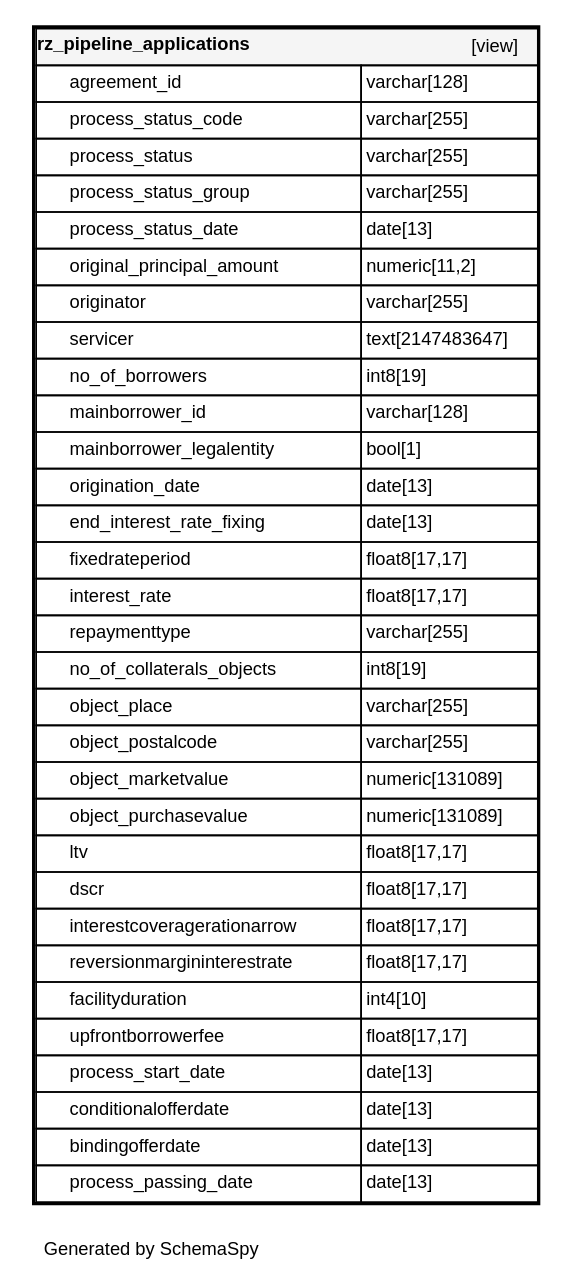
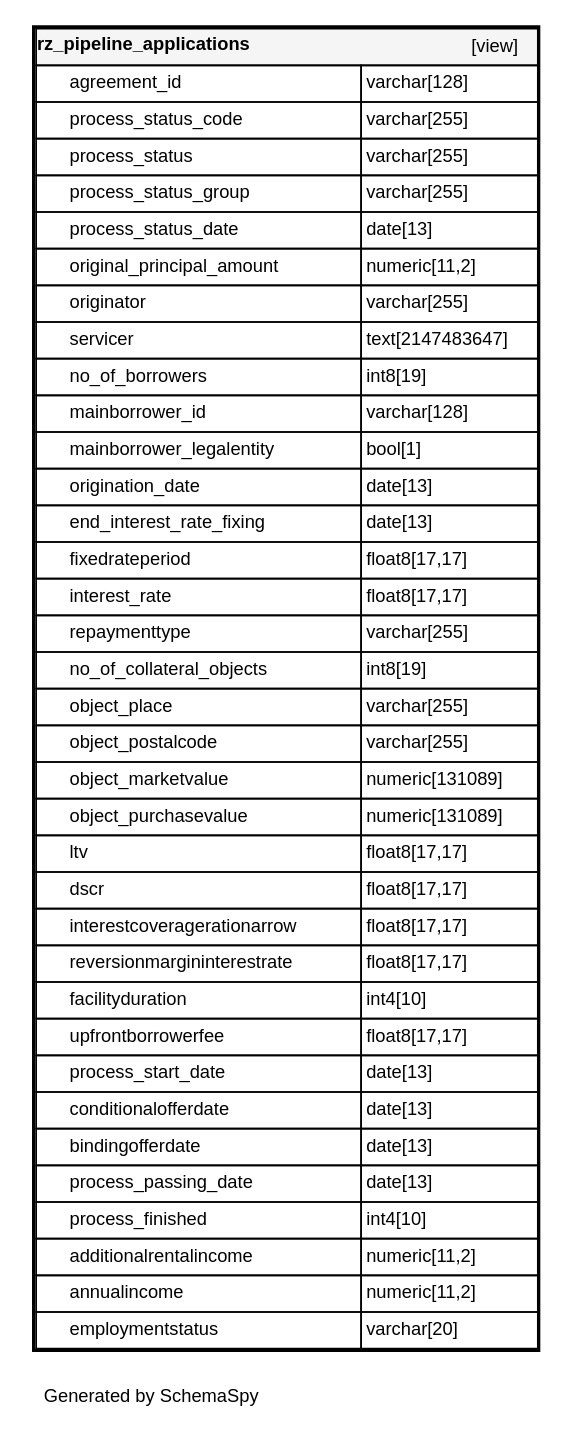
The diagram in db_standardzone_version01/diagrams/tables/rz_pipeline_applications.1degree.dot (fyndoo/fyndoo.github.io), drawn with Graphviz before and after one commit. The commit also changed 138 other files, not shown here.

```diff
--- a/db_standardzone_version01/diagrams/tables/rz_pipeline_applications.1degree.dot
+++ b/db_standardzone_version01/diagrams/tables/rz_pipeline_applications.1degree.dot
@@ -1,61 +1,65 @@
 digraph "oneDegreeRelationshipsDiagram" {
   graph [
     rankdir="RL"
     bgcolor="#ffffff"
     label="\nGenerated by SchemaSpy"
     labeljust="l"
     nodesep="0.18"
     ranksep="0.46"
     fontname="Helvetica"
     fontsize="11"
     ration="compress"
   ];
   node [
     fontname="Helvetica"
     fontsize="11"
     shape="plaintext"
   ];
   edge [
     arrowsize="0.8"
   ];
   "rz_pipeline_applications" [
    label=<
     <TABLE BORDER="2" CELLBORDER="1" CELLSPACING="0" BGCOLOR="#ffffff">
       <TR><TD COLSPAN="4"  BGCOLOR="#f5f5f5"><TABLE BORDER="0" CELLSPACING="0"><TR><TD ALIGN="LEFT" FIXEDSIZE="TRUE" WIDTH="142" HEIGHT="16"><B>rz_pipeline_applications</B></TD><TD ALIGN="RIGHT">[view]</TD></TR></TABLE></TD></TR>
       <TR><TD PORT="agreement_id" COLSPAN="2" ALIGN="LEFT"><TABLE BORDER="0" CELLSPACING="0" ALIGN="LEFT"><TR ALIGN="LEFT"><TD ALIGN="LEFT" FIXEDSIZE="TRUE" WIDTH="15" HEIGHT="16"></TD><TD ALIGN="LEFT" FIXEDSIZE="TRUE" WIDTH="174" HEIGHT="16">agreement_id</TD></TR></TABLE></TD><TD PORT="agreement_id.type" ALIGN="LEFT">varchar[128]</TD></TR>
       <TR><TD PORT="process_status_code" COLSPAN="2" ALIGN="LEFT"><TABLE BORDER="0" CELLSPACING="0" ALIGN="LEFT"><TR ALIGN="LEFT"><TD ALIGN="LEFT" FIXEDSIZE="TRUE" WIDTH="15" HEIGHT="16"></TD><TD ALIGN="LEFT" FIXEDSIZE="TRUE" WIDTH="174" HEIGHT="16">process_status_code</TD></TR></TABLE></TD><TD PORT="process_status_code.type" ALIGN="LEFT">varchar[255]</TD></TR>
       <TR><TD PORT="process_status" COLSPAN="2" ALIGN="LEFT"><TABLE BORDER="0" CELLSPACING="0" ALIGN="LEFT"><TR ALIGN="LEFT"><TD ALIGN="LEFT" FIXEDSIZE="TRUE" WIDTH="15" HEIGHT="16"></TD><TD ALIGN="LEFT" FIXEDSIZE="TRUE" WIDTH="174" HEIGHT="16">process_status</TD></TR></TABLE></TD><TD PORT="process_status.type" ALIGN="LEFT">varchar[255]</TD></TR>
       <TR><TD PORT="process_status_group" COLSPAN="2" ALIGN="LEFT"><TABLE BORDER="0" CELLSPACING="0" ALIGN="LEFT"><TR ALIGN="LEFT"><TD ALIGN="LEFT" FIXEDSIZE="TRUE" WIDTH="15" HEIGHT="16"></TD><TD ALIGN="LEFT" FIXEDSIZE="TRUE" WIDTH="174" HEIGHT="16">process_status_group</TD></TR></TABLE></TD><TD PORT="process_status_group.type" ALIGN="LEFT">varchar[255]</TD></TR>
       <TR><TD PORT="process_status_date" COLSPAN="2" ALIGN="LEFT"><TABLE BORDER="0" CELLSPACING="0" ALIGN="LEFT"><TR ALIGN="LEFT"><TD ALIGN="LEFT" FIXEDSIZE="TRUE" WIDTH="15" HEIGHT="16"></TD><TD ALIGN="LEFT" FIXEDSIZE="TRUE" WIDTH="174" HEIGHT="16">process_status_date</TD></TR></TABLE></TD><TD PORT="process_status_date.type" ALIGN="LEFT">date[13]</TD></TR>
       <TR><TD PORT="original_principal_amount" COLSPAN="2" ALIGN="LEFT"><TABLE BORDER="0" CELLSPACING="0" ALIGN="LEFT"><TR ALIGN="LEFT"><TD ALIGN="LEFT" FIXEDSIZE="TRUE" WIDTH="15" HEIGHT="16"></TD><TD ALIGN="LEFT" FIXEDSIZE="TRUE" WIDTH="174" HEIGHT="16">original_principal_amount</TD></TR></TABLE></TD><TD PORT="original_principal_amount.type" ALIGN="LEFT">numeric[11,2]</TD></TR>
       <TR><TD PORT="originator" COLSPAN="2" ALIGN="LEFT"><TABLE BORDER="0" CELLSPACING="0" ALIGN="LEFT"><TR ALIGN="LEFT"><TD ALIGN="LEFT" FIXEDSIZE="TRUE" WIDTH="15" HEIGHT="16"></TD><TD ALIGN="LEFT" FIXEDSIZE="TRUE" WIDTH="174" HEIGHT="16">originator</TD></TR></TABLE></TD><TD PORT="originator.type" ALIGN="LEFT">varchar[255]</TD></TR>
       <TR><TD PORT="servicer" COLSPAN="2" ALIGN="LEFT"><TABLE BORDER="0" CELLSPACING="0" ALIGN="LEFT"><TR ALIGN="LEFT"><TD ALIGN="LEFT" FIXEDSIZE="TRUE" WIDTH="15" HEIGHT="16"></TD><TD ALIGN="LEFT" FIXEDSIZE="TRUE" WIDTH="174" HEIGHT="16">servicer</TD></TR></TABLE></TD><TD PORT="servicer.type" ALIGN="LEFT">text[2147483647]</TD></TR>
       <TR><TD PORT="no_of_borrowers" COLSPAN="2" ALIGN="LEFT"><TABLE BORDER="0" CELLSPACING="0" ALIGN="LEFT"><TR ALIGN="LEFT"><TD ALIGN="LEFT" FIXEDSIZE="TRUE" WIDTH="15" HEIGHT="16"></TD><TD ALIGN="LEFT" FIXEDSIZE="TRUE" WIDTH="174" HEIGHT="16">no_of_borrowers</TD></TR></TABLE></TD><TD PORT="no_of_borrowers.type" ALIGN="LEFT">int8[19]</TD></TR>
       <TR><TD PORT="mainborrower_id" COLSPAN="2" ALIGN="LEFT"><TABLE BORDER="0" CELLSPACING="0" ALIGN="LEFT"><TR ALIGN="LEFT"><TD ALIGN="LEFT" FIXEDSIZE="TRUE" WIDTH="15" HEIGHT="16"></TD><TD ALIGN="LEFT" FIXEDSIZE="TRUE" WIDTH="174" HEIGHT="16">mainborrower_id</TD></TR></TABLE></TD><TD PORT="mainborrower_id.type" ALIGN="LEFT">varchar[128]</TD></TR>
       <TR><TD PORT="mainborrower_legalentity" COLSPAN="2" ALIGN="LEFT"><TABLE BORDER="0" CELLSPACING="0" ALIGN="LEFT"><TR ALIGN="LEFT"><TD ALIGN="LEFT" FIXEDSIZE="TRUE" WIDTH="15" HEIGHT="16"></TD><TD ALIGN="LEFT" FIXEDSIZE="TRUE" WIDTH="174" HEIGHT="16">mainborrower_legalentity</TD></TR></TABLE></TD><TD PORT="mainborrower_legalentity.type" ALIGN="LEFT">bool[1]</TD></TR>
       <TR><TD PORT="origination_date" COLSPAN="2" ALIGN="LEFT"><TABLE BORDER="0" CELLSPACING="0" ALIGN="LEFT"><TR ALIGN="LEFT"><TD ALIGN="LEFT" FIXEDSIZE="TRUE" WIDTH="15" HEIGHT="16"></TD><TD ALIGN="LEFT" FIXEDSIZE="TRUE" WIDTH="174" HEIGHT="16">origination_date</TD></TR></TABLE></TD><TD PORT="origination_date.type" ALIGN="LEFT">date[13]</TD></TR>
       <TR><TD PORT="end_interest_rate_fixing" COLSPAN="2" ALIGN="LEFT"><TABLE BORDER="0" CELLSPACING="0" ALIGN="LEFT"><TR ALIGN="LEFT"><TD ALIGN="LEFT" FIXEDSIZE="TRUE" WIDTH="15" HEIGHT="16"></TD><TD ALIGN="LEFT" FIXEDSIZE="TRUE" WIDTH="174" HEIGHT="16">end_interest_rate_fixing</TD></TR></TABLE></TD><TD PORT="end_interest_rate_fixing.type" ALIGN="LEFT">date[13]</TD></TR>
       <TR><TD PORT="fixedrateperiod" COLSPAN="2" ALIGN="LEFT"><TABLE BORDER="0" CELLSPACING="0" ALIGN="LEFT"><TR ALIGN="LEFT"><TD ALIGN="LEFT" FIXEDSIZE="TRUE" WIDTH="15" HEIGHT="16"></TD><TD ALIGN="LEFT" FIXEDSIZE="TRUE" WIDTH="174" HEIGHT="16">fixedrateperiod</TD></TR></TABLE></TD><TD PORT="fixedrateperiod.type" ALIGN="LEFT">float8[17,17]</TD></TR>
       <TR><TD PORT="interest_rate" COLSPAN="2" ALIGN="LEFT"><TABLE BORDER="0" CELLSPACING="0" ALIGN="LEFT"><TR ALIGN="LEFT"><TD ALIGN="LEFT" FIXEDSIZE="TRUE" WIDTH="15" HEIGHT="16"></TD><TD ALIGN="LEFT" FIXEDSIZE="TRUE" WIDTH="174" HEIGHT="16">interest_rate</TD></TR></TABLE></TD><TD PORT="interest_rate.type" ALIGN="LEFT">float8[17,17]</TD></TR>
       <TR><TD PORT="repaymenttype" COLSPAN="2" ALIGN="LEFT"><TABLE BORDER="0" CELLSPACING="0" ALIGN="LEFT"><TR ALIGN="LEFT"><TD ALIGN="LEFT" FIXEDSIZE="TRUE" WIDTH="15" HEIGHT="16"></TD><TD ALIGN="LEFT" FIXEDSIZE="TRUE" WIDTH="174" HEIGHT="16">repaymenttype</TD></TR></TABLE></TD><TD PORT="repaymenttype.type" ALIGN="LEFT">varchar[255]</TD></TR>
-      <TR><TD PORT="no_of_collaterals_objects" COLSPAN="2" ALIGN="LEFT"><TABLE BORDER="0" CELLSPACING="0" ALIGN="LEFT"><TR ALIGN="LEFT"><TD ALIGN="LEFT" FIXEDSIZE="TRUE" WIDTH="15" HEIGHT="16"></TD><TD ALIGN="LEFT" FIXEDSIZE="TRUE" WIDTH="174" HEIGHT="16">no_of_collaterals_objects</TD></TR></TABLE></TD><TD PORT="no_of_collaterals_objects.type" ALIGN="LEFT">int8[19]</TD></TR>
+      <TR><TD PORT="no_of_collateral_objects" COLSPAN="2" ALIGN="LEFT"><TABLE BORDER="0" CELLSPACING="0" ALIGN="LEFT"><TR ALIGN="LEFT"><TD ALIGN="LEFT" FIXEDSIZE="TRUE" WIDTH="15" HEIGHT="16"></TD><TD ALIGN="LEFT" FIXEDSIZE="TRUE" WIDTH="174" HEIGHT="16">no_of_collateral_objects</TD></TR></TABLE></TD><TD PORT="no_of_collateral_objects.type" ALIGN="LEFT">int8[19]</TD></TR>
       <TR><TD PORT="object_place" COLSPAN="2" ALIGN="LEFT"><TABLE BORDER="0" CELLSPACING="0" ALIGN="LEFT"><TR ALIGN="LEFT"><TD ALIGN="LEFT" FIXEDSIZE="TRUE" WIDTH="15" HEIGHT="16"></TD><TD ALIGN="LEFT" FIXEDSIZE="TRUE" WIDTH="174" HEIGHT="16">object_place</TD></TR></TABLE></TD><TD PORT="object_place.type" ALIGN="LEFT">varchar[255]</TD></TR>
       <TR><TD PORT="object_postalcode" COLSPAN="2" ALIGN="LEFT"><TABLE BORDER="0" CELLSPACING="0" ALIGN="LEFT"><TR ALIGN="LEFT"><TD ALIGN="LEFT" FIXEDSIZE="TRUE" WIDTH="15" HEIGHT="16"></TD><TD ALIGN="LEFT" FIXEDSIZE="TRUE" WIDTH="174" HEIGHT="16">object_postalcode</TD></TR></TABLE></TD><TD PORT="object_postalcode.type" ALIGN="LEFT">varchar[255]</TD></TR>
       <TR><TD PORT="object_marketvalue" COLSPAN="2" ALIGN="LEFT"><TABLE BORDER="0" CELLSPACING="0" ALIGN="LEFT"><TR ALIGN="LEFT"><TD ALIGN="LEFT" FIXEDSIZE="TRUE" WIDTH="15" HEIGHT="16"></TD><TD ALIGN="LEFT" FIXEDSIZE="TRUE" WIDTH="174" HEIGHT="16">object_marketvalue</TD></TR></TABLE></TD><TD PORT="object_marketvalue.type" ALIGN="LEFT">numeric[131089]</TD></TR>
       <TR><TD PORT="object_purchasevalue" COLSPAN="2" ALIGN="LEFT"><TABLE BORDER="0" CELLSPACING="0" ALIGN="LEFT"><TR ALIGN="LEFT"><TD ALIGN="LEFT" FIXEDSIZE="TRUE" WIDTH="15" HEIGHT="16"></TD><TD ALIGN="LEFT" FIXEDSIZE="TRUE" WIDTH="174" HEIGHT="16">object_purchasevalue</TD></TR></TABLE></TD><TD PORT="object_purchasevalue.type" ALIGN="LEFT">numeric[131089]</TD></TR>
       <TR><TD PORT="ltv" COLSPAN="2" ALIGN="LEFT"><TABLE BORDER="0" CELLSPACING="0" ALIGN="LEFT"><TR ALIGN="LEFT"><TD ALIGN="LEFT" FIXEDSIZE="TRUE" WIDTH="15" HEIGHT="16"></TD><TD ALIGN="LEFT" FIXEDSIZE="TRUE" WIDTH="174" HEIGHT="16">ltv</TD></TR></TABLE></TD><TD PORT="ltv.type" ALIGN="LEFT">float8[17,17]</TD></TR>
       <TR><TD PORT="dscr" COLSPAN="2" ALIGN="LEFT"><TABLE BORDER="0" CELLSPACING="0" ALIGN="LEFT"><TR ALIGN="LEFT"><TD ALIGN="LEFT" FIXEDSIZE="TRUE" WIDTH="15" HEIGHT="16"></TD><TD ALIGN="LEFT" FIXEDSIZE="TRUE" WIDTH="174" HEIGHT="16">dscr</TD></TR></TABLE></TD><TD PORT="dscr.type" ALIGN="LEFT">float8[17,17]</TD></TR>
       <TR><TD PORT="interestcoveragerationarrow" COLSPAN="2" ALIGN="LEFT"><TABLE BORDER="0" CELLSPACING="0" ALIGN="LEFT"><TR ALIGN="LEFT"><TD ALIGN="LEFT" FIXEDSIZE="TRUE" WIDTH="15" HEIGHT="16"></TD><TD ALIGN="LEFT" FIXEDSIZE="TRUE" WIDTH="174" HEIGHT="16">interestcoveragerationarrow</TD></TR></TABLE></TD><TD PORT="interestcoveragerationarrow.type" ALIGN="LEFT">float8[17,17]</TD></TR>
       <TR><TD PORT="reversionmargininterestrate" COLSPAN="2" ALIGN="LEFT"><TABLE BORDER="0" CELLSPACING="0" ALIGN="LEFT"><TR ALIGN="LEFT"><TD ALIGN="LEFT" FIXEDSIZE="TRUE" WIDTH="15" HEIGHT="16"></TD><TD ALIGN="LEFT" FIXEDSIZE="TRUE" WIDTH="174" HEIGHT="16">reversionmargininterestrate</TD></TR></TABLE></TD><TD PORT="reversionmargininterestrate.type" ALIGN="LEFT">float8[17,17]</TD></TR>
       <TR><TD PORT="facilityduration" COLSPAN="2" ALIGN="LEFT"><TABLE BORDER="0" CELLSPACING="0" ALIGN="LEFT"><TR ALIGN="LEFT"><TD ALIGN="LEFT" FIXEDSIZE="TRUE" WIDTH="15" HEIGHT="16"></TD><TD ALIGN="LEFT" FIXEDSIZE="TRUE" WIDTH="174" HEIGHT="16">facilityduration</TD></TR></TABLE></TD><TD PORT="facilityduration.type" ALIGN="LEFT">int4[10]</TD></TR>
       <TR><TD PORT="upfrontborrowerfee" COLSPAN="2" ALIGN="LEFT"><TABLE BORDER="0" CELLSPACING="0" ALIGN="LEFT"><TR ALIGN="LEFT"><TD ALIGN="LEFT" FIXEDSIZE="TRUE" WIDTH="15" HEIGHT="16"></TD><TD ALIGN="LEFT" FIXEDSIZE="TRUE" WIDTH="174" HEIGHT="16">upfrontborrowerfee</TD></TR></TABLE></TD><TD PORT="upfrontborrowerfee.type" ALIGN="LEFT">float8[17,17]</TD></TR>
       <TR><TD PORT="process_start_date" COLSPAN="2" ALIGN="LEFT"><TABLE BORDER="0" CELLSPACING="0" ALIGN="LEFT"><TR ALIGN="LEFT"><TD ALIGN="LEFT" FIXEDSIZE="TRUE" WIDTH="15" HEIGHT="16"></TD><TD ALIGN="LEFT" FIXEDSIZE="TRUE" WIDTH="174" HEIGHT="16">process_start_date</TD></TR></TABLE></TD><TD PORT="process_start_date.type" ALIGN="LEFT">date[13]</TD></TR>
       <TR><TD PORT="conditionalofferdate" COLSPAN="2" ALIGN="LEFT"><TABLE BORDER="0" CELLSPACING="0" ALIGN="LEFT"><TR ALIGN="LEFT"><TD ALIGN="LEFT" FIXEDSIZE="TRUE" WIDTH="15" HEIGHT="16"></TD><TD ALIGN="LEFT" FIXEDSIZE="TRUE" WIDTH="174" HEIGHT="16">conditionalofferdate</TD></TR></TABLE></TD><TD PORT="conditionalofferdate.type" ALIGN="LEFT">date[13]</TD></TR>
       <TR><TD PORT="bindingofferdate" COLSPAN="2" ALIGN="LEFT"><TABLE BORDER="0" CELLSPACING="0" ALIGN="LEFT"><TR ALIGN="LEFT"><TD ALIGN="LEFT" FIXEDSIZE="TRUE" WIDTH="15" HEIGHT="16"></TD><TD ALIGN="LEFT" FIXEDSIZE="TRUE" WIDTH="174" HEIGHT="16">bindingofferdate</TD></TR></TABLE></TD><TD PORT="bindingofferdate.type" ALIGN="LEFT">date[13]</TD></TR>
       <TR><TD PORT="process_passing_date" COLSPAN="2" ALIGN="LEFT"><TABLE BORDER="0" CELLSPACING="0" ALIGN="LEFT"><TR ALIGN="LEFT"><TD ALIGN="LEFT" FIXEDSIZE="TRUE" WIDTH="15" HEIGHT="16"></TD><TD ALIGN="LEFT" FIXEDSIZE="TRUE" WIDTH="174" HEIGHT="16">process_passing_date</TD></TR></TABLE></TD><TD PORT="process_passing_date.type" ALIGN="LEFT">date[13]</TD></TR>
+      <TR><TD PORT="process_finished" COLSPAN="2" ALIGN="LEFT"><TABLE BORDER="0" CELLSPACING="0" ALIGN="LEFT"><TR ALIGN="LEFT"><TD ALIGN="LEFT" FIXEDSIZE="TRUE" WIDTH="15" HEIGHT="16"></TD><TD ALIGN="LEFT" FIXEDSIZE="TRUE" WIDTH="174" HEIGHT="16">process_finished</TD></TR></TABLE></TD><TD PORT="process_finished.type" ALIGN="LEFT">int4[10]</TD></TR>
+      <TR><TD PORT="additionalrentalincome" COLSPAN="2" ALIGN="LEFT"><TABLE BORDER="0" CELLSPACING="0" ALIGN="LEFT"><TR ALIGN="LEFT"><TD ALIGN="LEFT" FIXEDSIZE="TRUE" WIDTH="15" HEIGHT="16"></TD><TD ALIGN="LEFT" FIXEDSIZE="TRUE" WIDTH="174" HEIGHT="16">additionalrentalincome</TD></TR></TABLE></TD><TD PORT="additionalrentalincome.type" ALIGN="LEFT">numeric[11,2]</TD></TR>
+      <TR><TD PORT="annualincome" COLSPAN="2" ALIGN="LEFT"><TABLE BORDER="0" CELLSPACING="0" ALIGN="LEFT"><TR ALIGN="LEFT"><TD ALIGN="LEFT" FIXEDSIZE="TRUE" WIDTH="15" HEIGHT="16"></TD><TD ALIGN="LEFT" FIXEDSIZE="TRUE" WIDTH="174" HEIGHT="16">annualincome</TD></TR></TABLE></TD><TD PORT="annualincome.type" ALIGN="LEFT">numeric[11,2]</TD></TR>
+      <TR><TD PORT="employmentstatus" COLSPAN="2" ALIGN="LEFT"><TABLE BORDER="0" CELLSPACING="0" ALIGN="LEFT"><TR ALIGN="LEFT"><TD ALIGN="LEFT" FIXEDSIZE="TRUE" WIDTH="15" HEIGHT="16"></TD><TD ALIGN="LEFT" FIXEDSIZE="TRUE" WIDTH="174" HEIGHT="16">employmentstatus</TD></TR></TABLE></TD><TD PORT="employmentstatus.type" ALIGN="LEFT">varchar[20]</TD></TR>
     </TABLE>>
     URL="rz_pipeline_applications.html"
     target="_top"
     tooltip="rz_pipeline_applications"
   ];
 }
```
